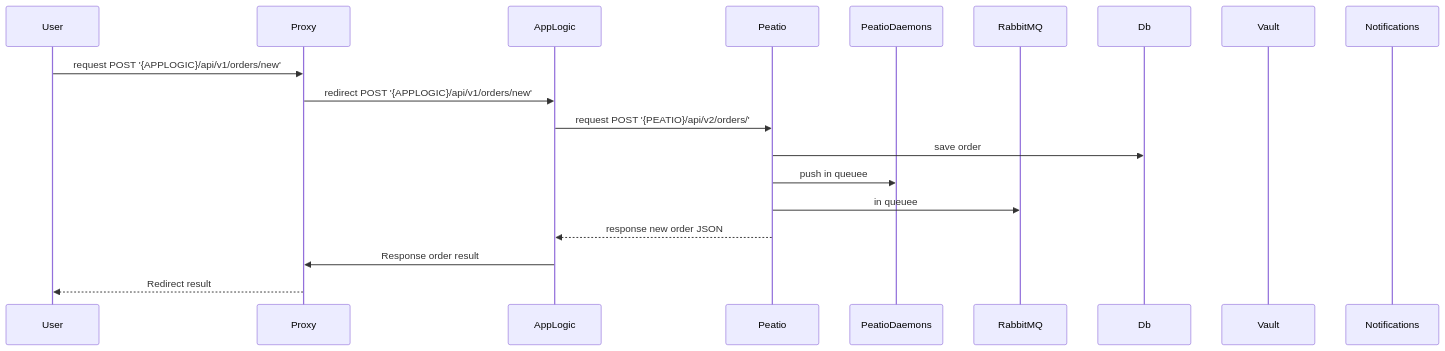
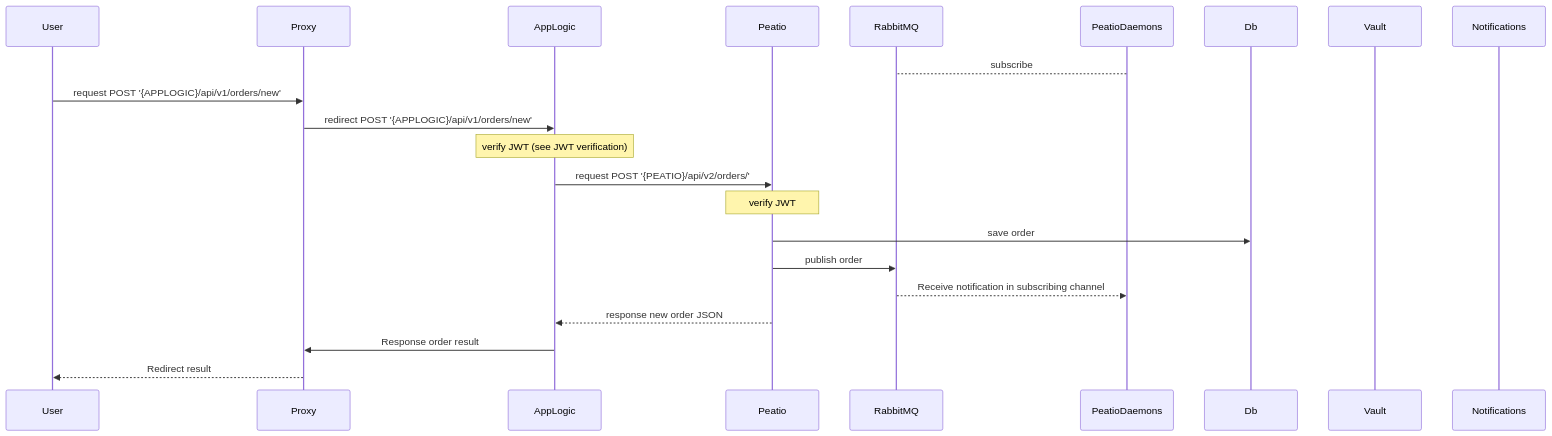
Before and after one commit to sergii-savchenko/rkcp_arch: the first of 2 diagrams in content/3.010.orders.md, drawn with Mermaid. The commit also changed other lines of this file and 5 other files, not shown here.

````diff
--- a/content/3.010.orders.md
+++ b/content/3.010.orders.md
@@ -5,24 +5,26 @@
 ```mermaid
 sequenceDiagram
     participant User
     participant Proxy
     participant AppLogic
     participant Peatio
+    participant RabbitMQ
     participant PeatioDaemons
-    participant RabbitMQ
     participant Db
     participant Vault
     participant Notifications
 
+    PeatioDaemons-->RabbitMQ: subscribe
     User->>Proxy: request POST '{APPLOGIC}/api/v1/orders/new'
     Proxy->>AppLogic: redirect POST '{APPLOGIC}/api/v1/orders/new'
-    
+    Note over AppLogic: verify JWT (see JWT verification)
     AppLogic->>Peatio: request POST '{PEATIO}/api/v2/orders/'
+    Note over Peatio: verify JWT
     Peatio->>Db: save order
-    Peatio->>PeatioDaemons: push in queuee
-    Peatio->>RabbitMQ: in queuee
+    Peatio->>RabbitMQ: publish order
+    RabbitMQ-->>PeatioDaemons: Receive notification in subscribing channel
     Peatio-->>AppLogic: response new order JSON
 
     AppLogic->>Proxy: Response order result
     Proxy-->>User: Redirect result
 ```
````
